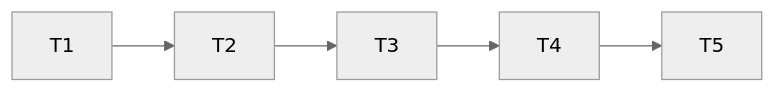
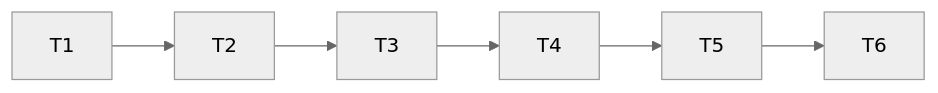
Before and after one commit to Ronald-Lacerda/my-watched-list: the diagram in .specs/features/capas-sinopses/tasks.md, drawn with Mermaid (neutral theme). The commit also changed other lines of this file and 7 other files, not shown here.

````diff
--- a/.specs/features/capas-sinopses/tasks.md
+++ b/.specs/features/capas-sinopses/tasks.md
@@ -5,4 +5,4 @@
 ```mermaid
 flowchart LR
-  T1 --> T2 --> T3 --> T4 --> T5
+  T1 --> T2 --> T3 --> T4 --> T5 --> T6
 ```
````
